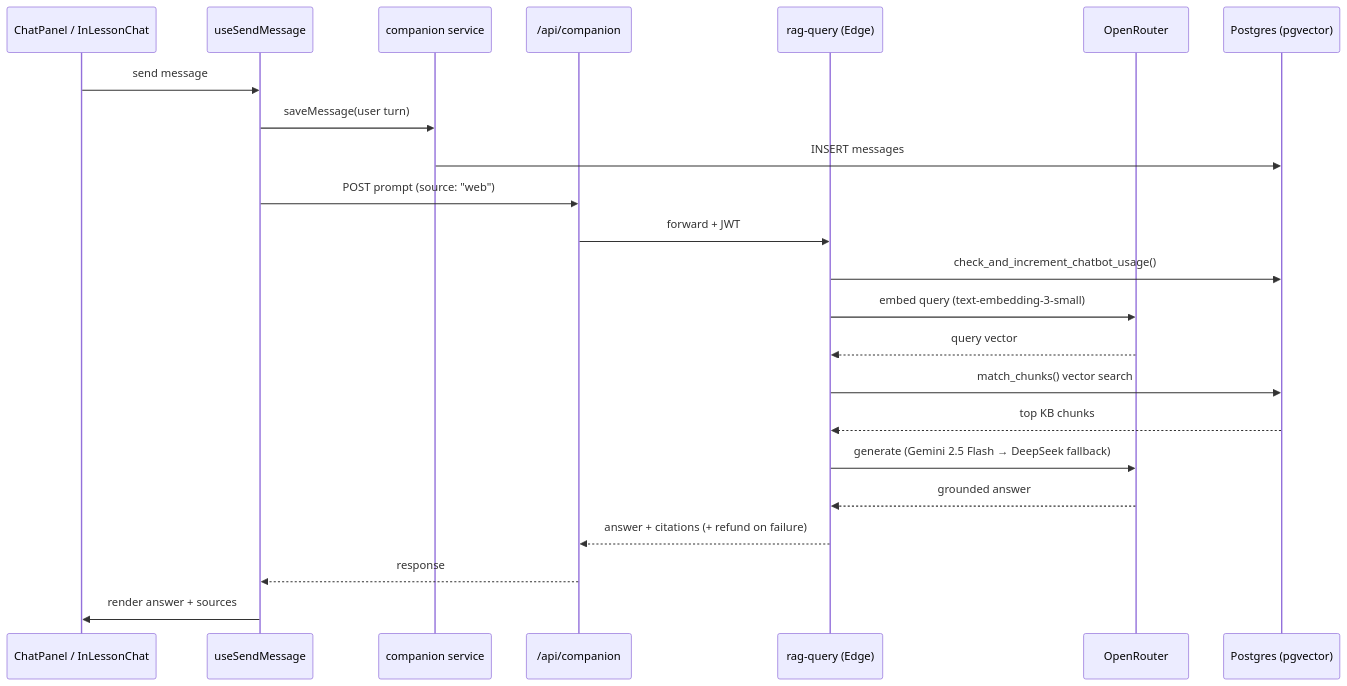
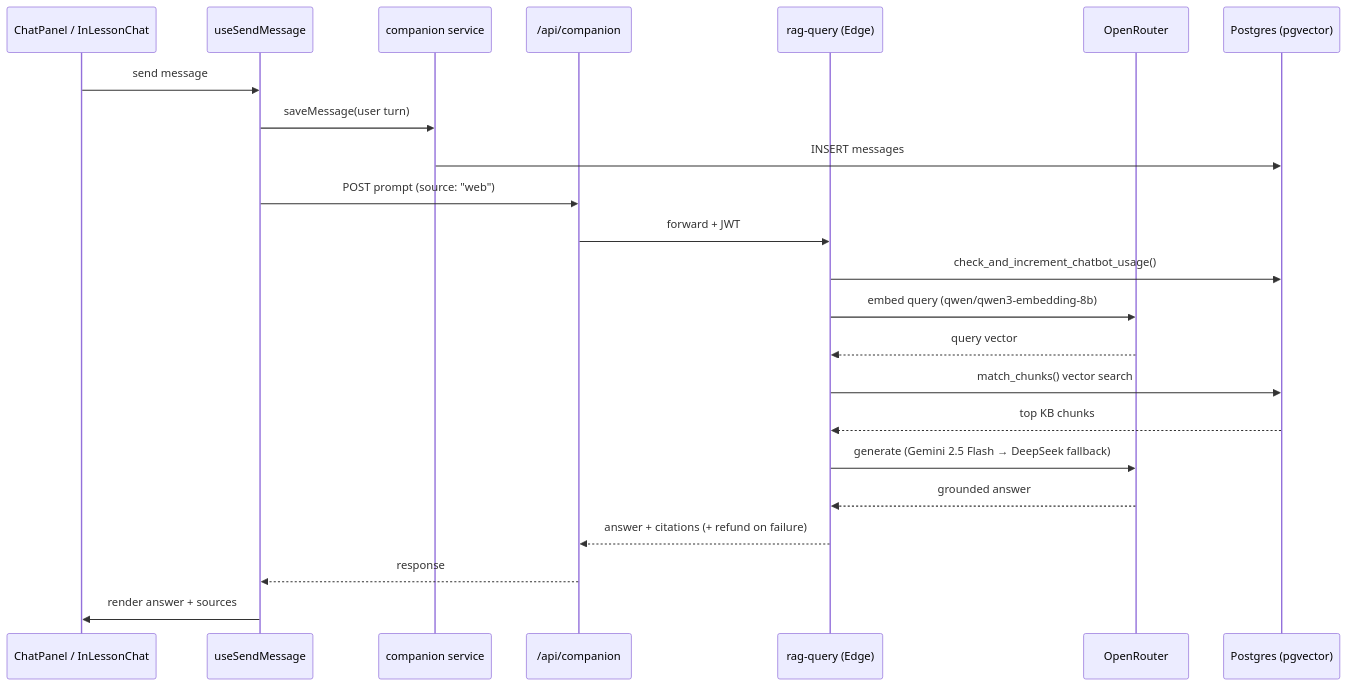
One commit to UnifyCN/web-app changed the second of 2 diagrams in README.md. Above: the diagram before and after it, drawn with Mermaid. The commit also changed 11 other files, not shown here.

First line of the commit message:
feat(companion): embed queries with qwen/qwen3-embedding-8b and guard retrieval by model

````diff
--- a/README.md
+++ b/README.md
@@ -112,26 +112,26 @@
 ```mermaid
 sequenceDiagram
     participant UI as ChatPanel / InLessonChat
     participant Hook as useSendMessage
     participant Svc as companion service
     participant Proxy as /api/companion
     participant Fn as rag-query (Edge)
     participant OR as OpenRouter
     participant DB as Postgres (pgvector)
 
     UI->>Hook: send message
     Hook->>Svc: saveMessage(user turn)
     Svc->>DB: INSERT messages
     Hook->>Proxy: POST prompt (source: "web")
     Proxy->>Fn: forward + JWT
     Fn->>DB: check_and_increment_chatbot_usage()
-    Fn->>OR: embed query (text-embedding-3-small)
+    Fn->>OR: embed query (qwen/qwen3-embedding-8b)
     OR-->>Fn: query vector
     Fn->>DB: match_chunks() vector search
     DB-->>Fn: top KB chunks
     Fn->>OR: generate (Gemini 2.5 Flash → DeepSeek fallback)
     OR-->>Fn: grounded answer
     Fn-->>Proxy: answer + citations (+ refund on failure)
     Proxy-->>Hook: response
     Hook->>UI: render answer + sources
 ```
````
